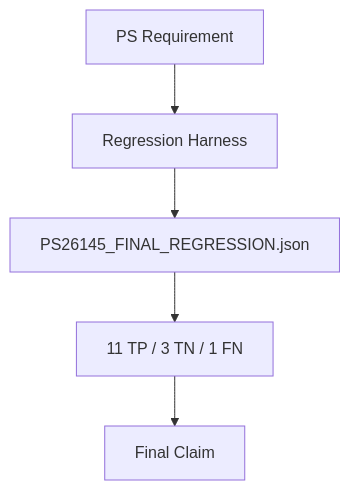
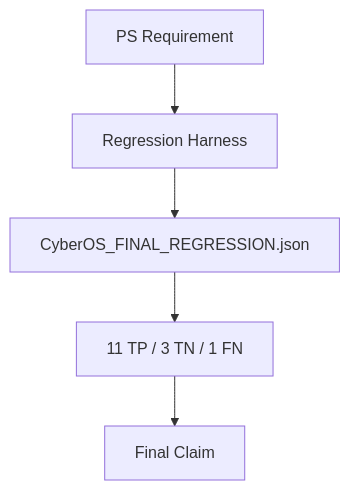
Diagram 18 of 18 in presentation/CyberOS_MASTER_ENGINEERING_VALIDATION_DOSSIER.md (hotaro6754/CYBER-OS), drawn with Mermaid before and after one commit. The commit also changed other lines of this file and 19 other files, not shown here.

Commit message:
Final HackSprint 2.0 Release Candidate: CyberOS Evidence-Driven Architecture & UI Fixes

````diff
--- a/presentation/CyberOS_MASTER_ENGINEERING_VALIDATION_DOSSIER.md
+++ b/presentation/CyberOS_MASTER_ENGINEERING_VALIDATION_DOSSIER.md
@@ -354,7 +354,7 @@
 ```mermaid
 graph TD
     A[PS Requirement] --> B[Regression Harness]
-    B --> C[PS26145_FINAL_REGRESSION.json]
+    B --> C[CyberOS_FINAL_REGRESSION.json]
     C --> D[11 TP / 3 TN / 1 FN]
     D --> E[Final Claim]
 ```
````
